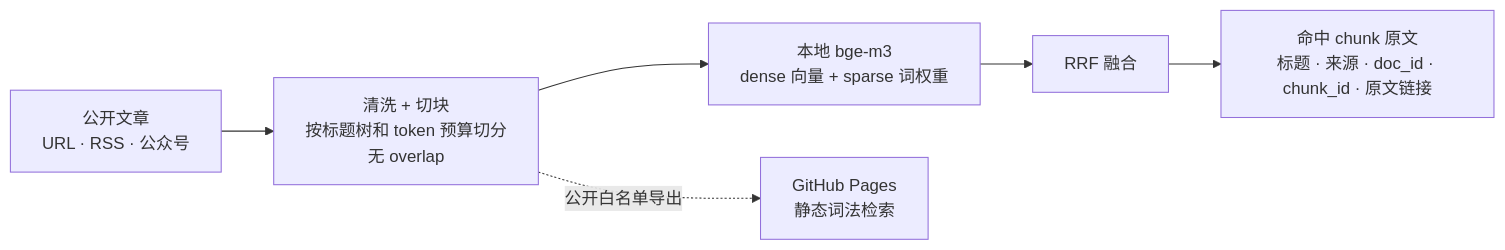
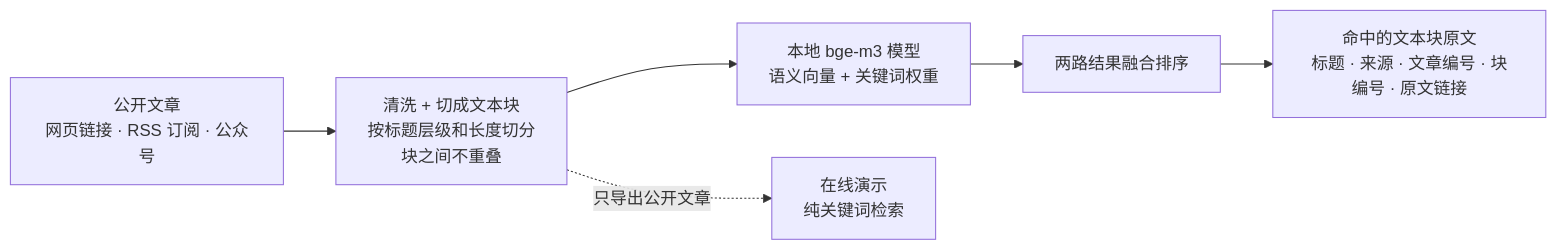
Before and after one commit to hulu204/search-knowledge-base: the first of 3 diagrams in README.md, drawn with Mermaid. The commit also changed other lines of this file, not shown here.

````diff
--- a/README.md
+++ b/README.md
@@ -9,8 +9,8 @@
 ```mermaid
 flowchart LR
-  A["公开文章<br/>URL · RSS · 公众号"] --> B["清洗 + 切块<br/>按标题树和 token 预算切分<br/>无 overlap"]
-  B --> C["本地 bge-m3<br/>dense 向量 + sparse 词权重"]
-  C --> D["RRF 融合"]
-  D --> E["命中 chunk 原文<br/>标题 · 来源 · doc_id · chunk_id · 原文链接"]
-  B -. 公开白名单导出 .-> P["GitHub Pages<br/>静态词法检索"]
+  A["公开文章<br/>网页链接 · RSS 订阅 · 公众号"] --> B["清洗 + 切成文本块<br/>按标题层级和长度切分<br/>块之间不重叠"]
+  B --> C["本地 bge-m3 模型<br/>语义向量 + 关键词权重"]
+  C --> D["两路结果融合排序"]
+  D --> E["命中的文本块原文<br/>标题 · 来源 · 文章编号 · 块编号 · 原文链接"]
+  B -. 只导出公开文章 .-> P["在线演示<br/>纯关键词检索"]
 ```
````
